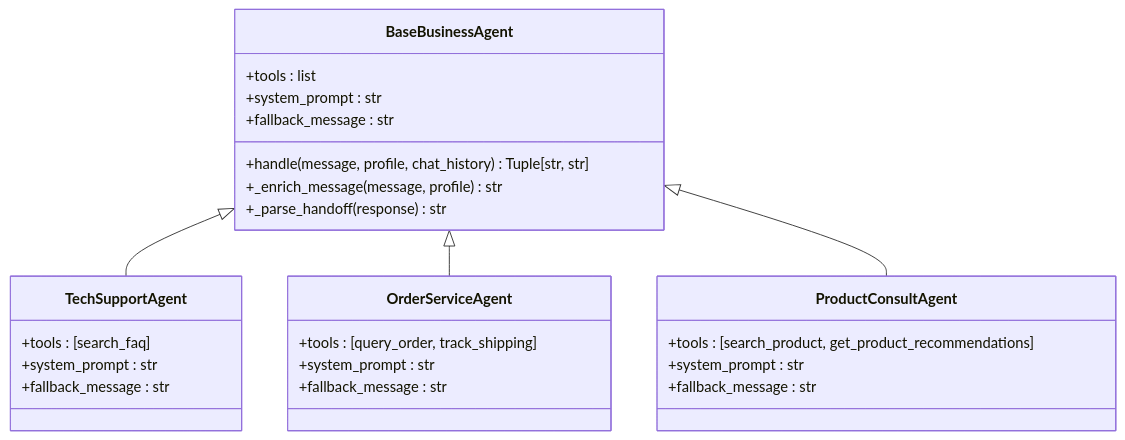
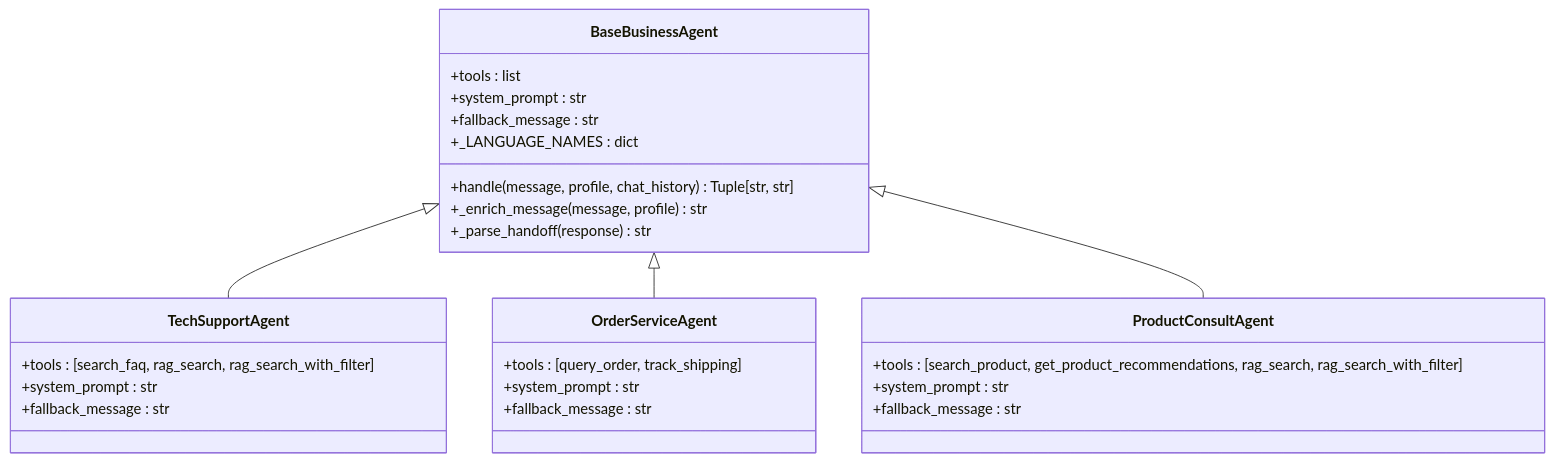
Before and after one commit to Yijtu/multi-agent-customer-service: the sixth of 10 diagrams in .qoder/repowiki/zh/content/Agent系统设计/Agent基类设计.md, drawn with Mermaid. The commit also changed other lines of this file and 28 other files, not shown here.

````diff
--- a/.qoder/repowiki/zh/content/Agent系统设计/Agent基类设计.md
+++ b/.qoder/repowiki/zh/content/Agent系统设计/Agent基类设计.md
@@ -226,29 +329,30 @@
 ```mermaid
 classDiagram
 class BaseBusinessAgent {
 +tools : list
 +system_prompt : str
 +fallback_message : str
 +handle(message, profile, chat_history) Tuple[str, str]
 +_enrich_message(message, profile) str
 +_parse_handoff(response) str
++_LANGUAGE_NAMES : dict
 }
 class TechSupportAgent {
-+tools : [search_faq]
++tools : [search_faq, rag_search, rag_search_with_filter]
 +system_prompt : str
 +fallback_message : str
 }
 class OrderServiceAgent {
 +tools : [query_order, track_shipping]
 +system_prompt : str
 +fallback_message : str
 }
 class ProductConsultAgent {
-+tools : [search_product, get_product_recommendations]
++tools : [search_product, get_product_recommendations, rag_search, rag_search_with_filter]
 +system_prompt : str
 +fallback_message : str
 }
 BaseBusinessAgent <|-- TechSupportAgent
 BaseBusinessAgent <|-- OrderServiceAgent
 BaseBusinessAgent <|-- ProductConsultAgent
 ```
````
